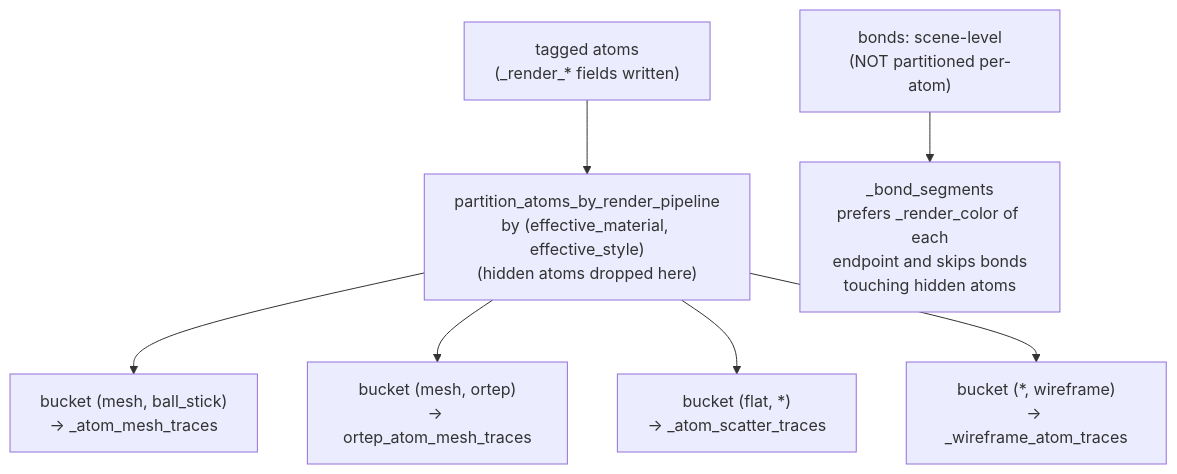
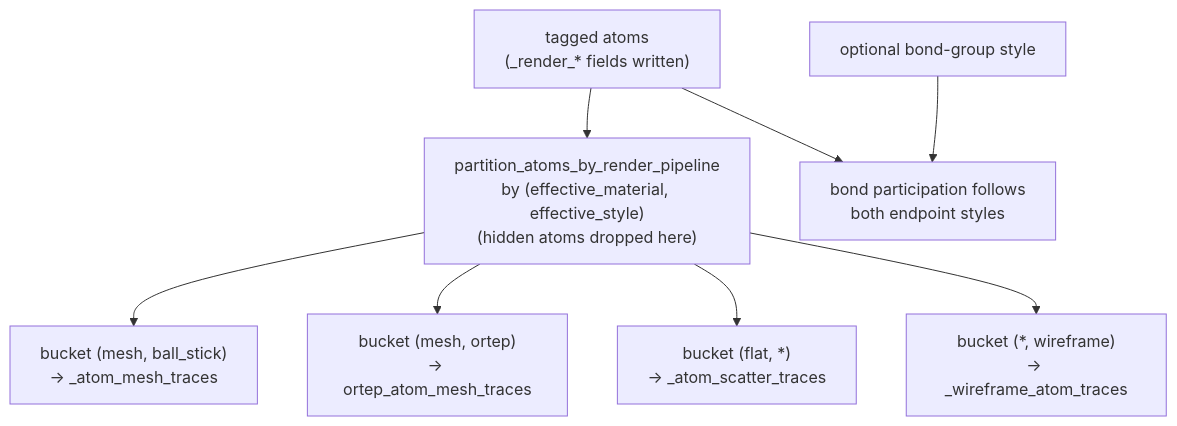
Before and after one commit to SchrodingersCattt/MatterVis: the second of 2 diagrams in docs/agents/atom_groups_api.md, drawn with Mermaid. The commit also changed other lines of this file and 23 other files, not shown here.

````diff
--- a/docs/agents/atom_groups_api.md
+++ b/docs/agents/atom_groups_api.md
@@ -139,9 +153,10 @@
 ```mermaid
 flowchart TD
   A["tagged atoms<br/>(_render_* fields written)"] --> P["partition_atoms_by_render_pipeline<br/>by (effective_material, effective_style)<br/>(hidden atoms dropped here)"]
   P --> B1["bucket (mesh, ball_stick)<br/>-> _atom_mesh_traces"]
   P --> B2["bucket (mesh, ortep)<br/>-> ortep_atom_mesh_traces"]
   P --> B3["bucket (flat, *)<br/>-> _atom_scatter_traces"]
   P --> B4["bucket (*, wireframe)<br/>-> _wireframe_atom_traces"]
-  S["bonds: scene-level<br/>(NOT partitioned per-atom)"] --> BD["_bond_segments<br/>prefers _render_color of each<br/>endpoint and skips bonds<br/>touching hidden atoms"]
+  A --> BD["bond participation follows<br/>both endpoint styles"]
+  BG["optional bond-group style"] --> BD
 ```
````
